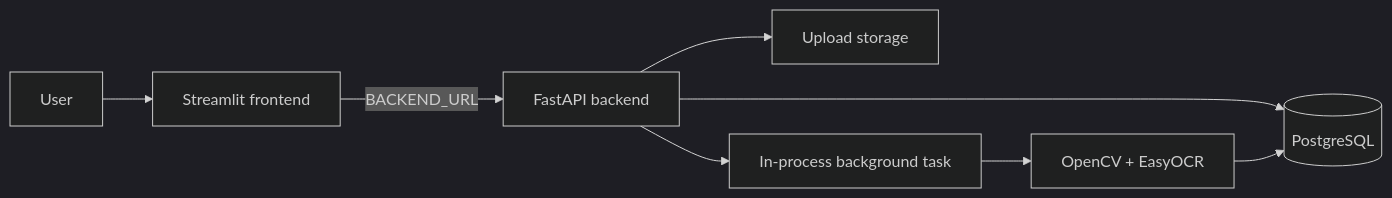
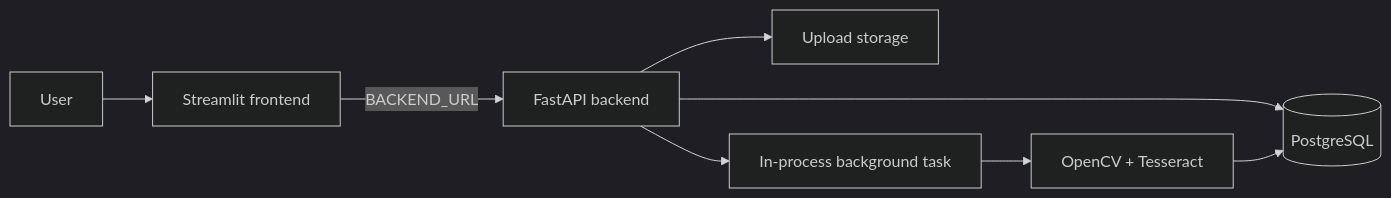
The diagram in README.md (Charan-AL/vehicle-image-processing-system), drawn with Mermaid (dark theme) before and after one commit. The commit also changed other lines of this file and 8 other files, not shown here.

````diff
--- a/README.md
+++ b/README.md
@@ -27,10 +27,10 @@
 ```mermaid
 flowchart LR
     User --> Frontend[Streamlit frontend]
     Frontend -->|BACKEND_URL| API[FastAPI backend]
     API --> DB[(PostgreSQL)]
     API --> Files[Upload storage]
     API --> Queue[In-process background task]
-    Queue --> OCR[OpenCV + EasyOCR]
+    Queue --> OCR[OpenCV + Tesseract]
     OCR --> DB
 ```
````
